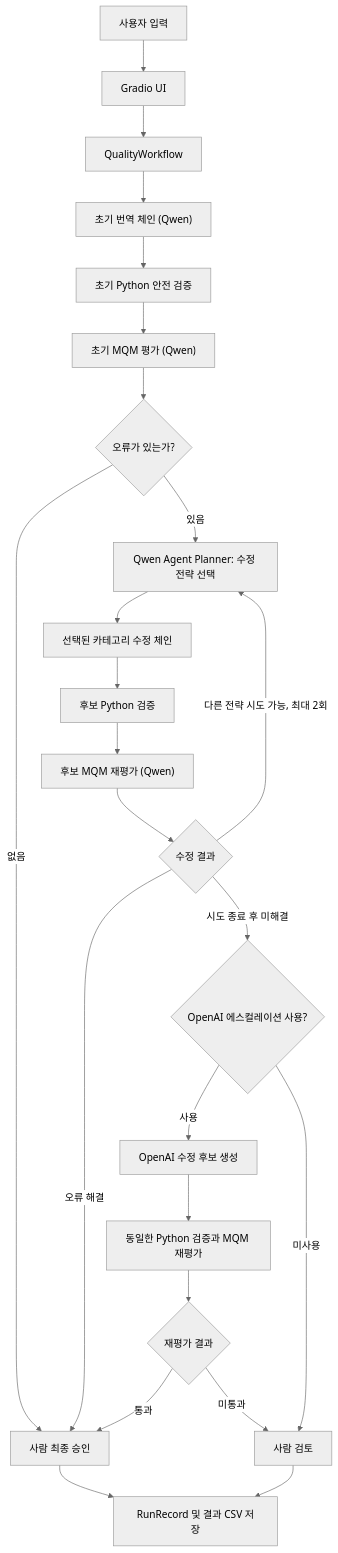
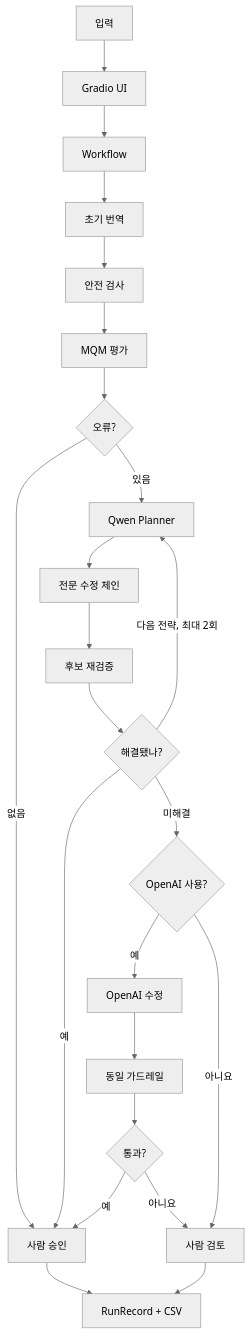
One commit to sihunwang-skala/l10n-quality-agent changed the diagram in docs/agent_flow.mmd. Above: the diagram before and after it, drawn with Mermaid (neutral theme).

Commit message:
Shorten Mermaid labels to prevent clipping

```diff
--- a/docs/agent_flow.mmd
+++ b/docs/agent_flow.mmd
@@ -1,30 +1,28 @@
-%% L10n Quality Agent: GitHub-compatible execution flow
+%% L10n Quality Agent: concise execution flow
 flowchart TD
-    INPUT["사용자 입력"] --> UI["Gradio UI"]
-    UI --> WORKFLOW["QualityWorkflow"]
-    WORKFLOW --> TRANSLATE["초기 번역 체인 (Qwen)"]
-    TRANSLATE --> SAFETY["초기 Python 안전 검증"]
-    SAFETY --> INITIAL_MQM["초기 MQM 평가 (Qwen)"]
-    INITIAL_MQM --> INITIAL_RESULT{"오류가 있는가?"}
+    INPUT["입력"] --> UI["Gradio UI"]
+    UI --> WORKFLOW["Workflow"]
+    WORKFLOW --> TRANSLATE["초기 번역"]
+    TRANSLATE --> SAFETY["안전 검사"]
+    SAFETY --> MQM["MQM 평가"]
+    MQM --> INITIAL_RESULT{"오류?"}
 
-    INITIAL_RESULT -->|"없음"| APPROVAL["사람 최종 승인"]
-    INITIAL_RESULT -->|"있음"| PLANNER["Qwen Agent Planner: 수정 전략 선택"]
+    INITIAL_RESULT -->|"없음"| APPROVAL["사람 승인"]
+    INITIAL_RESULT -->|"있음"| PLANNER["Qwen Planner"]
+    PLANNER --> REVISION["전문 수정 체인"]
+    REVISION --> RECHECK["후보 재검증"]
+    RECHECK --> RESULT{"해결됐나?"}
 
-    PLANNER --> REVISION["선택된 카테고리 수정 체인"]
-    REVISION --> CANDIDATE_CHECK["후보 Python 검증"]
-    CANDIDATE_CHECK --> CANDIDATE_MQM["후보 MQM 재평가 (Qwen)"]
-    CANDIDATE_MQM --> AGENT_RESULT{"수정 결과"}
+    RESULT -->|"예"| APPROVAL
+    RESULT -->|"다음 전략, 최대 2회"| PLANNER
+    RESULT -->|"미해결"| ESCALATION{"OpenAI 사용?"}
 
-    AGENT_RESULT -->|"오류 해결"| APPROVAL
-    AGENT_RESULT -->|"다른 전략 시도 가능, 최대 2회"| PLANNER
-    AGENT_RESULT -->|"시도 종료 후 미해결"| ESCALATION{"OpenAI 에스컬레이션 사용?"}
+    ESCALATION -->|"예"| OPENAI["OpenAI 수정"]
+    OPENAI --> OPENAI_CHECK["동일 가드레일"]
+    OPENAI_CHECK --> OPENAI_RESULT{"통과?"}
+    OPENAI_RESULT -->|"예"| APPROVAL
+    OPENAI_RESULT -->|"아니요"| REVIEW["사람 검토"]
+    ESCALATION -->|"아니요"| REVIEW
 
-    ESCALATION -->|"사용"| OPENAI["OpenAI 수정 후보 생성"]
-    OPENAI --> OPENAI_CHECK["동일한 Python 검증과 MQM 재평가"]
-    OPENAI_CHECK --> OPENAI_RESULT{"재평가 결과"}
-    OPENAI_RESULT -->|"통과"| APPROVAL
-    OPENAI_RESULT -->|"미통과"| REVIEW["사람 검토"]
-    ESCALATION -->|"미사용"| REVIEW
-
-    APPROVAL --> STORE["RunRecord 및 결과 CSV 저장"]
+    APPROVAL --> STORE["RunRecord + CSV"]
     REVIEW --> STORE
```
